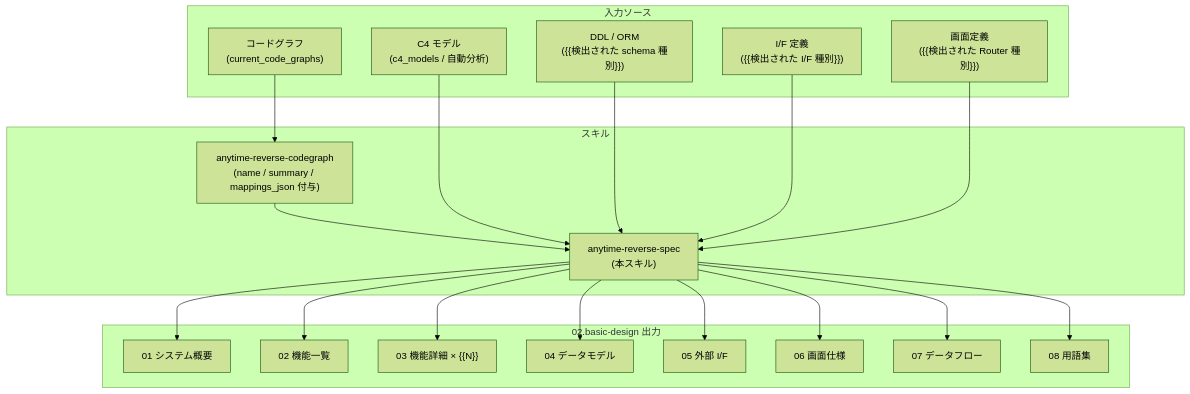
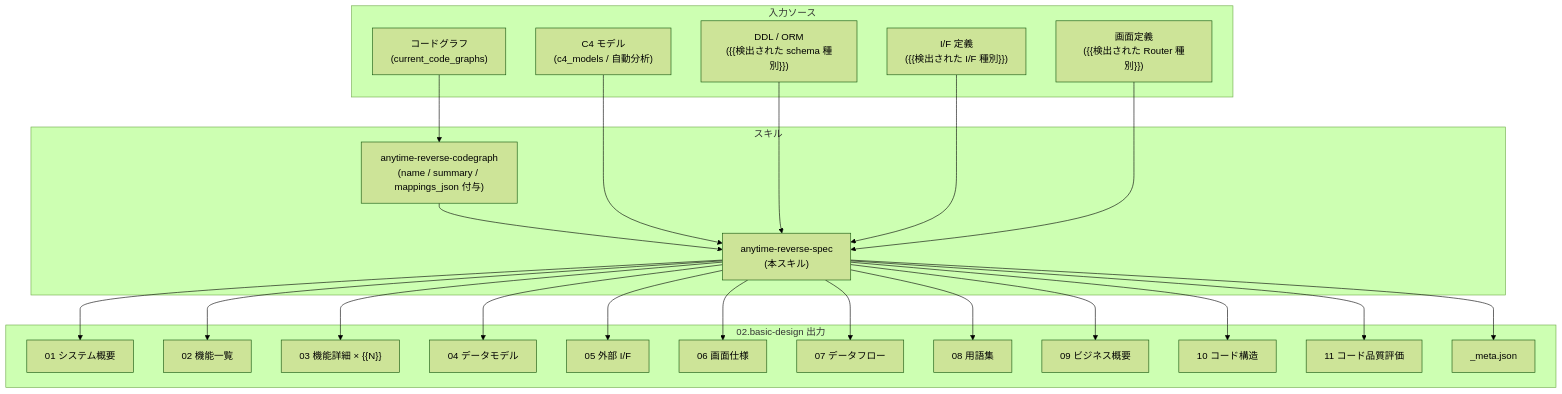
The diagram in packages/vscode-trail-extension/skills/anytime-reverse-spec/templates/00-index.ja.md (anytime-trial/anytime-markdown), drawn with Mermaid (forest theme) before and after one commit. The commit also changed other lines of this file and 4 other files, not shown here.

````diff
--- a/packages/vscode-trail-extension/skills/anytime-reverse-spec/templates/00-index.ja.md
+++ b/packages/vscode-trail-extension/skills/anytime-reverse-spec/templates/00-index.ja.md
@@ -54,41 +63,49 @@
 ```mermaid
 flowchart TB
     subgraph Source["入力ソース"]
         codeGraph["コードグラフ<br/>(current_code_graphs)"]
         c4Model["C4 モデル<br/>(c4_models / 自動分析)"]
         ddl["DDL / ORM<br/>({{検出された schema 種別}})"]
         iface["I/F 定義<br/>({{検出された I/F 種別}})"]
         screen["画面定義<br/>({{検出された Router 種別}})"]
     end
 
     subgraph Skills["スキル"]
         rev["anytime-reverse-codegraph<br/>(name / summary / mappings_json 付与)"]
         bd["anytime-reverse-spec<br/>(本スキル)"]
     end
 
     subgraph Output["02.basic-design 出力"]
         ch1["01 システム概要"]
         ch2["02 機能一覧"]
         ch3["03 機能詳細 × {{N}}"]
         ch4["04 データモデル"]
         ch5["05 外部 I/F"]
         ch6["06 画面仕様"]
         ch7["07 データフロー"]
         ch8["08 用語集"]
+        ch9["09 ビジネス概要"]
+        ch10["10 コード構造"]
+        ch11["11 コード品質評価"]
+        meta["_meta.json"]
     end
 
     codeGraph --> rev
     rev --> bd
     c4Model --> bd
     ddl --> bd
     iface --> bd
     screen --> bd
     bd --> ch1
     bd --> ch2
     bd --> ch3
     bd --> ch4
     bd --> ch5
     bd --> ch6
     bd --> ch7
     bd --> ch8
+    bd --> ch9
+    bd --> ch10
+    bd --> ch11
+    bd --> meta
 ```
````
